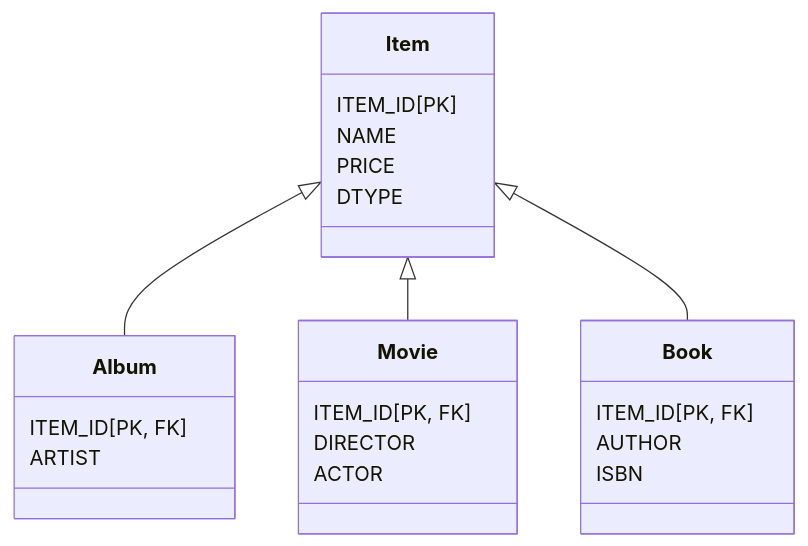
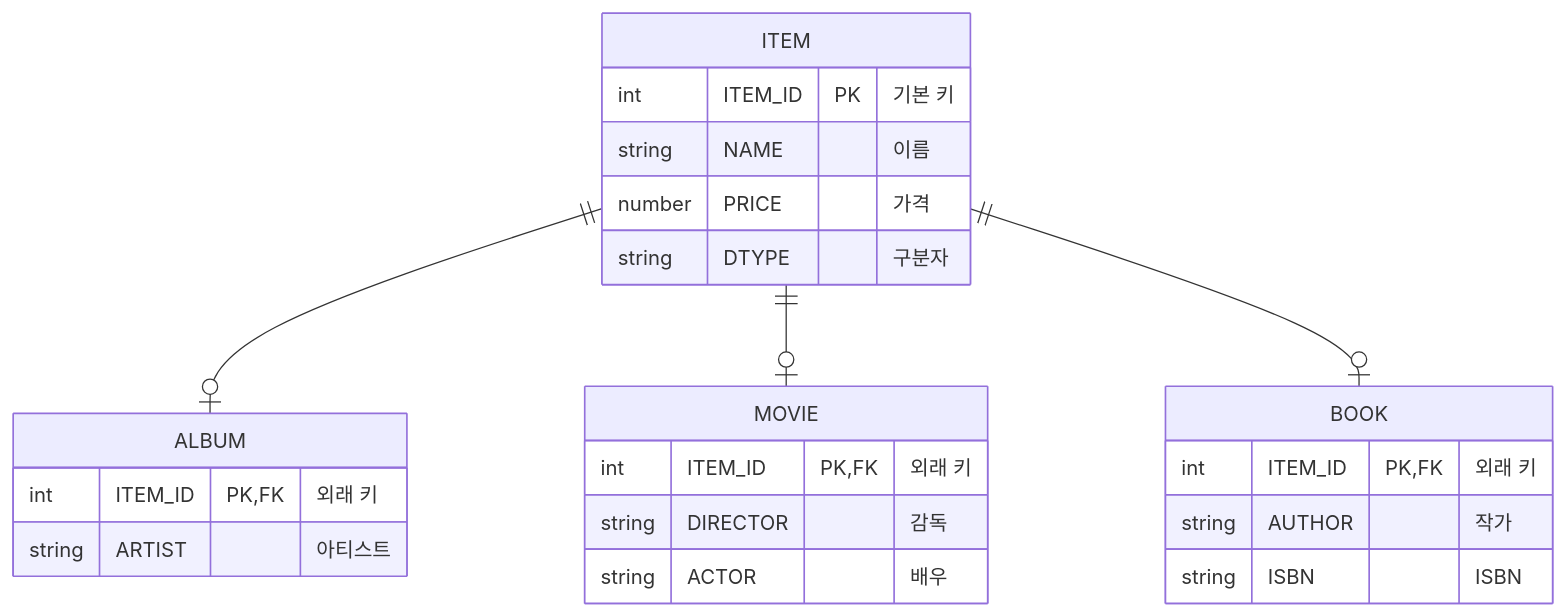
One commit to yongho9064/jpa changed the second of 2 diagrams in chapter01/section02/README.md. Above: the diagram before and after it, drawn with Mermaid. The commit also changed other lines of this file, not shown here.

````diff
--- a/chapter01/section02/README.md
+++ b/chapter01/section02/README.md
@@ -74,27 +73,27 @@
 ```mermaid
-classDiagram
-    Item <|-- Album
-    Item <|-- Movie
-    Item <|-- Book
+erDiagram
+    ITEM ||--o| ALBUM : ""
+    ITEM ||--o| MOVIE : ""
+    ITEM ||--o| BOOK  : ""
 
-    class Item {
-        ITEM_ID[PK]
-        NAME
-        PRICE
-        DTYPE
+    ITEM {
+        int ITEM_ID PK "기본 키"
+        string NAME "이름"
+        number PRICE "가격"
+        string DTYPE "구분자"
     }
-    class Album {
-        ITEM_ID[PK, FK]
-        ARTIST
+    ALBUM {
+        int ITEM_ID PK, FK "외래 키"
+        string ARTIST "아티스트"
     }
-    class Movie {
-        ITEM_ID[PK, FK]
-        DIRECTOR
-        ACTOR
+    MOVIE {
+        int ITEM_ID PK, FK "외래 키"
+        string DIRECTOR "감독"
+        string ACTOR "배우"
     }
-    class Book {
-        ITEM_ID[PK, FK]
-        AUTHOR
-        ISBN
+    BOOK {
+        int ITEM_ID PK, FK "외래 키"
+        string AUTHOR "작가"
+        string ISBN "ISBN"
     }
 ```
````
